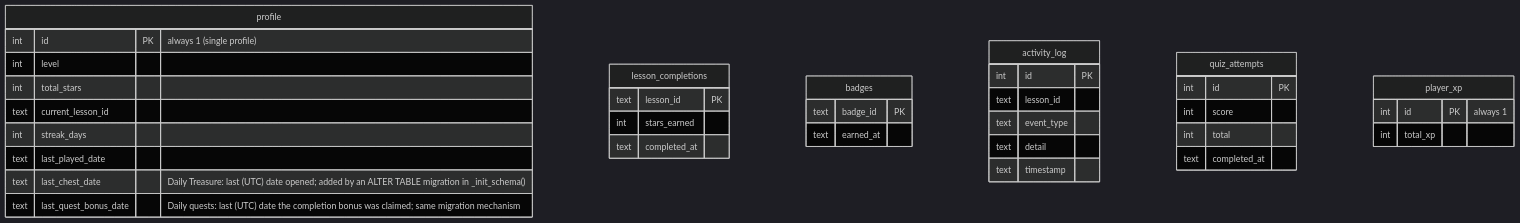
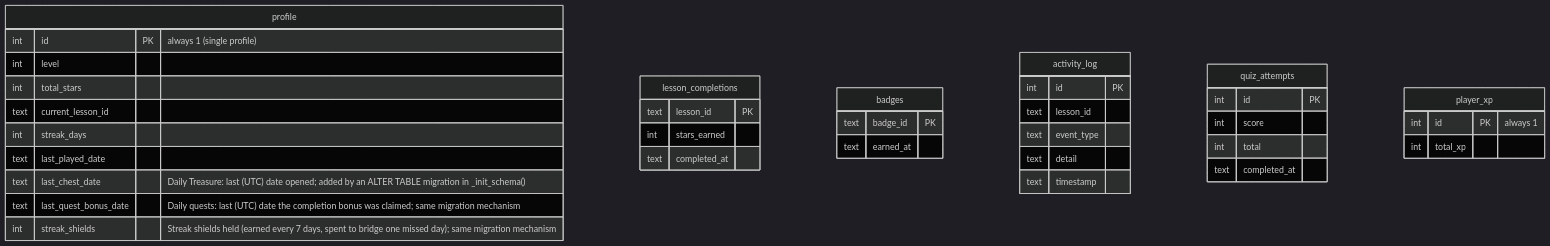
One commit to shreejitpanchal/python-adventure-kids changed the tenth of 10 diagrams in docs/ARCHITECTURE.md. Above: the diagram before and after it, drawn with Mermaid (dark theme). The commit also changed 21 other files, not shown here.

First line of the commit message:
Star reveal, badge unlock moment, Codey performances, streak shields, mission ribbon, world gardens

````diff
--- a/docs/ARCHITECTURE.md
+++ b/docs/ARCHITECTURE.md
@@ -486,39 +486,40 @@
 ```mermaid
 erDiagram
     profile {
         int id PK "always 1 (single profile)"
         int level
         int total_stars
         text current_lesson_id
         int streak_days
         text last_played_date
         text last_chest_date "Daily Treasure: last (UTC) date opened; added by an ALTER TABLE migration in _init_schema()"
         text last_quest_bonus_date "Daily quests: last (UTC) date the completion bonus was claimed; same migration mechanism"
+        int streak_shields "Streak shields held (earned every 7 days, spent to bridge one missed day); same migration mechanism"
     }
     lesson_completions {
         text lesson_id PK
         int stars_earned
         text completed_at
     }
     badges {
         text badge_id PK
         text earned_at
     }
     activity_log {
         int id PK
         text lesson_id
         text event_type
         text detail
         text timestamp
     }
     quiz_attempts {
         int id PK
         int score
         int total
         text completed_at
     }
     player_xp {
         int id PK "always 1"
         int total_xp
     }
 ```
````
